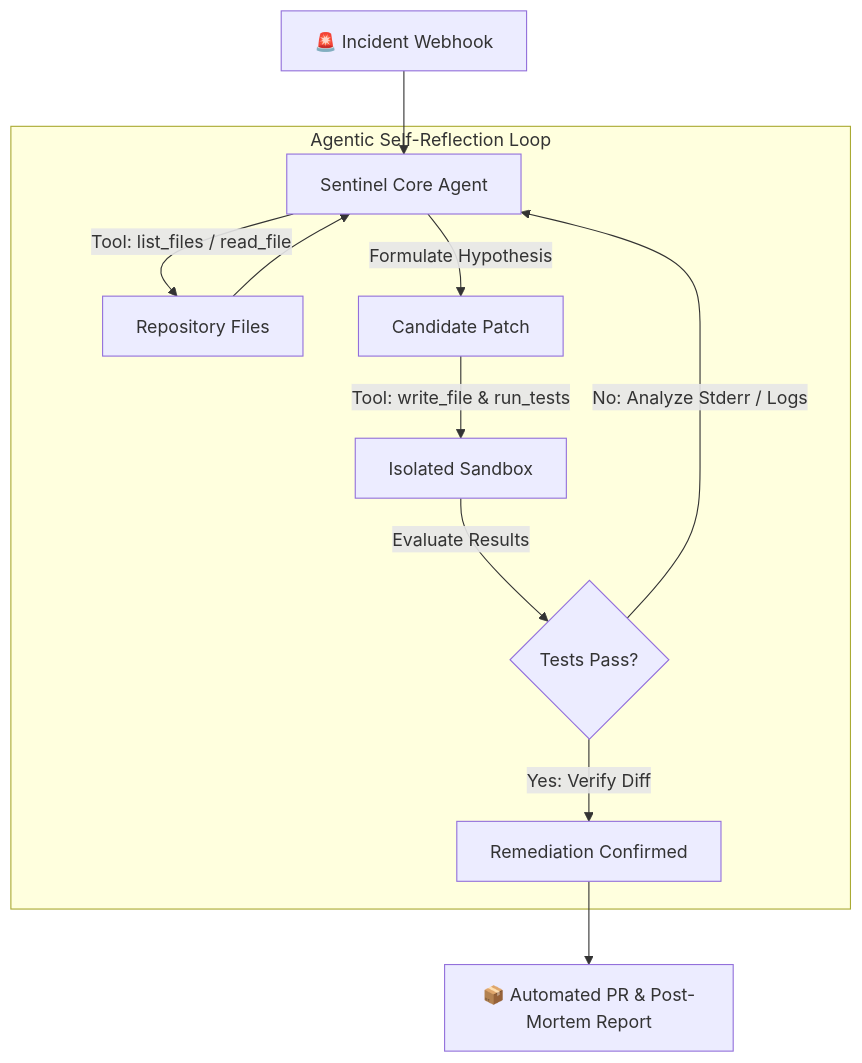
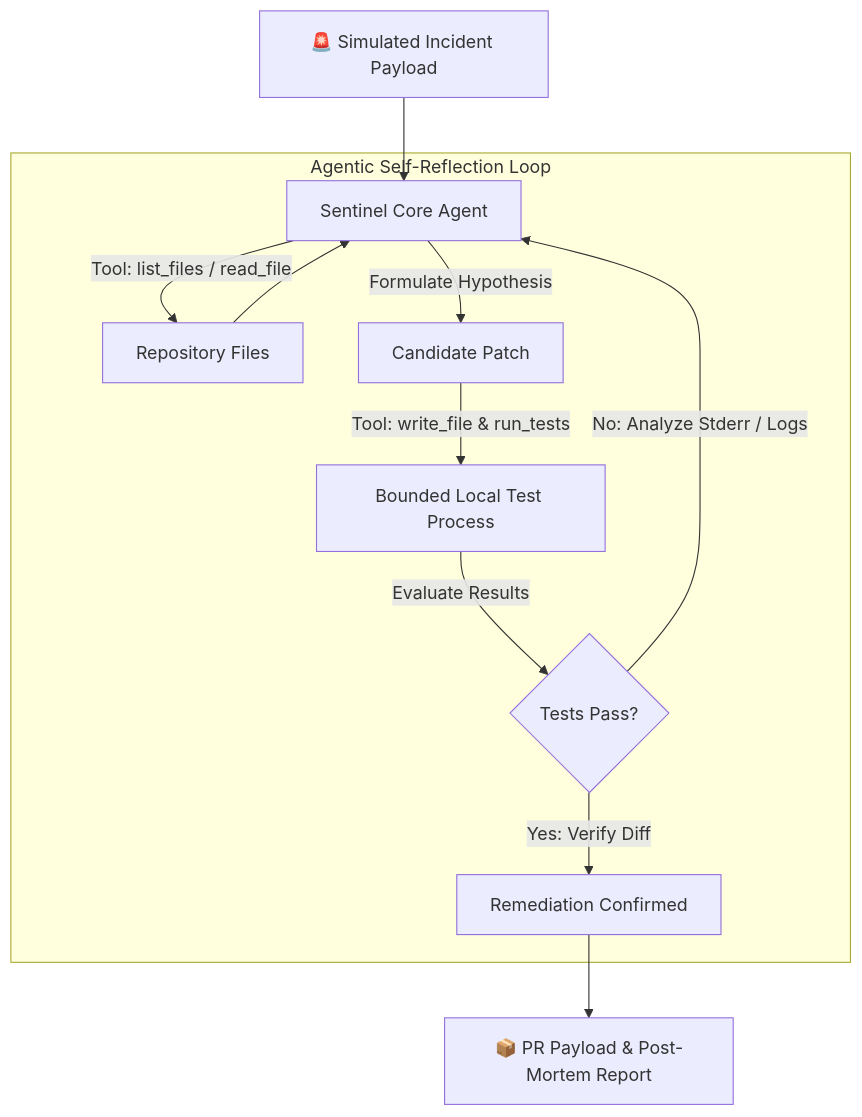
Before and after one commit to sundeep8967/sentinel-agent: the diagram in README.md, drawn with Mermaid. The commit also changed other lines of this file and 10 other files, not shown here.

````diff
--- a/README.md
+++ b/README.md
@@ -34,16 +38,16 @@
 ```mermaid
 flowchart TD
-    A["🚨 Incident Webhook"] --> B["Sentinel Core Agent"]
+    A["🚨 Simulated Incident Payload"] --> B["Sentinel Core Agent"]
     
     subgraph Agentic Self-Reflection Loop
         B -->|"Tool: list_files / read_file"| C["Repository Files"]
         C --> B
         B -->|"Formulate Hypothesis"| D["Candidate Patch"]
-        D -->|"Tool: write_file & run_tests"| E["Isolated Sandbox"]
+        D -->|"Tool: write_file & run_tests"| E["Bounded Local Test Process"]
         E -->|"Evaluate Results"| F{"Tests Pass?"}
         F -->|"No: Analyze Stderr / Logs"| B
         F -->|"Yes: Verify Diff"| G["Remediation Confirmed"]
     end
     
-    G --> H["📦 Automated PR & Post-Mortem Report"]
+    G --> H["📦 PR Payload & Post-Mortem Report"]
 ```
````
